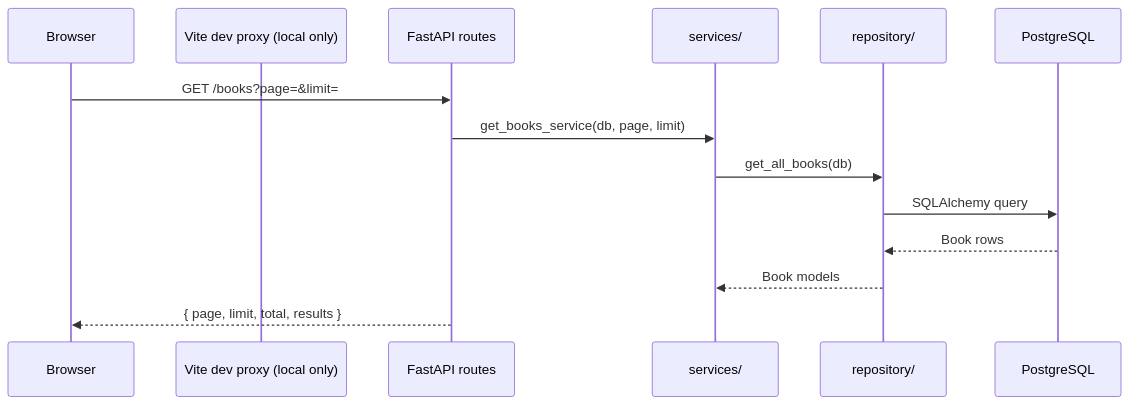
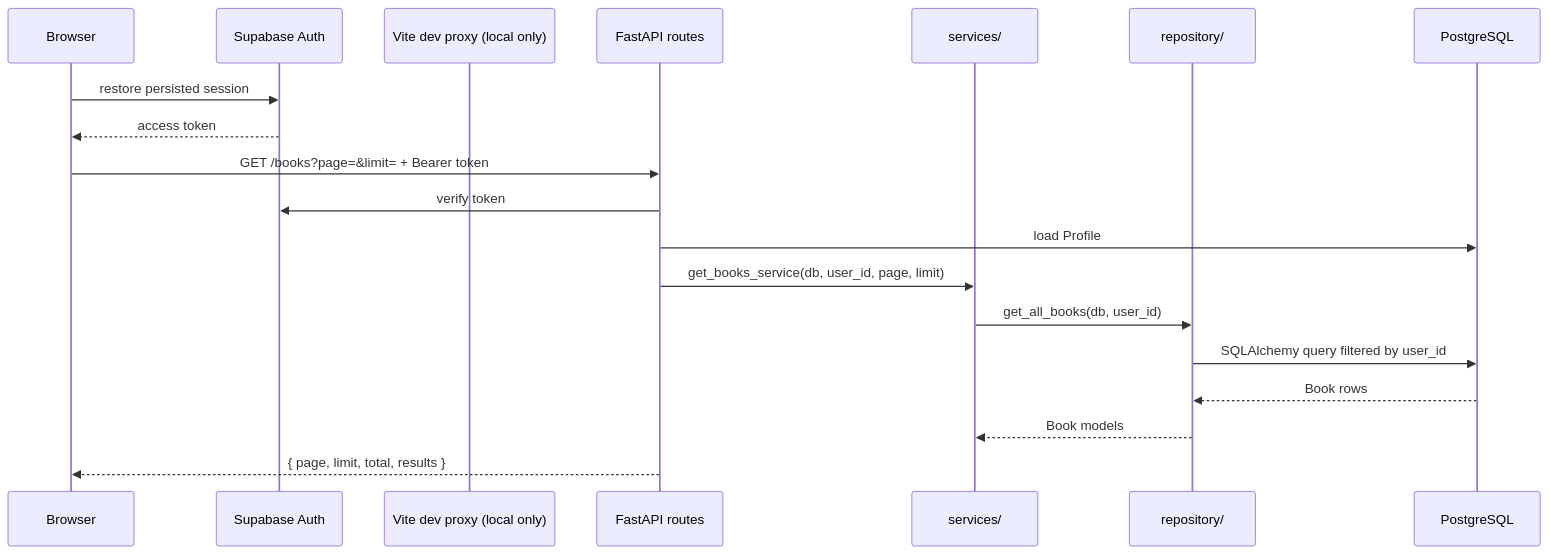
One commit to tranguyeenn/shelftxt changed the second of 4 diagrams in docs/engineering/architecture.md. Above: the diagram before and after it, drawn with Mermaid. The commit also changed other lines of this file and 23 other files, not shown here.

Commit message:
Complete user ownership migration and apply missing schema updates

````diff
--- a/docs/engineering/architecture.md
+++ b/docs/engineering/architecture.md
@@ -85,17 +91,22 @@
 ```mermaid
 sequenceDiagram
   participant Browser
+  participant Auth as Supabase Auth
   participant Vite as Vite dev proxy (local only)
   participant API as FastAPI routes
   participant Svc as services/
   participant Repo as repository/
   participant DB as PostgreSQL
 
-  Browser->>API: GET /books?page=&limit=
-  API->>Svc: get_books_service(db, page, limit)
-  Svc->>Repo: get_all_books(db)
-  Repo->>DB: SQLAlchemy query
+  Browser->>Auth: restore persisted session
+  Auth-->>Browser: access token
+  Browser->>API: GET /books?page=&limit= + Bearer token
+  API->>Auth: verify token
+  API->>DB: load Profile
+  API->>Svc: get_books_service(db, user_id, page, limit)
+  Svc->>Repo: get_all_books(db, user_id)
+  Repo->>DB: SQLAlchemy query filtered by user_id
   DB-->>Repo: Book rows
   Repo-->>Svc: Book models
   API-->>Browser: { page, limit, total, results }
 ```
````
